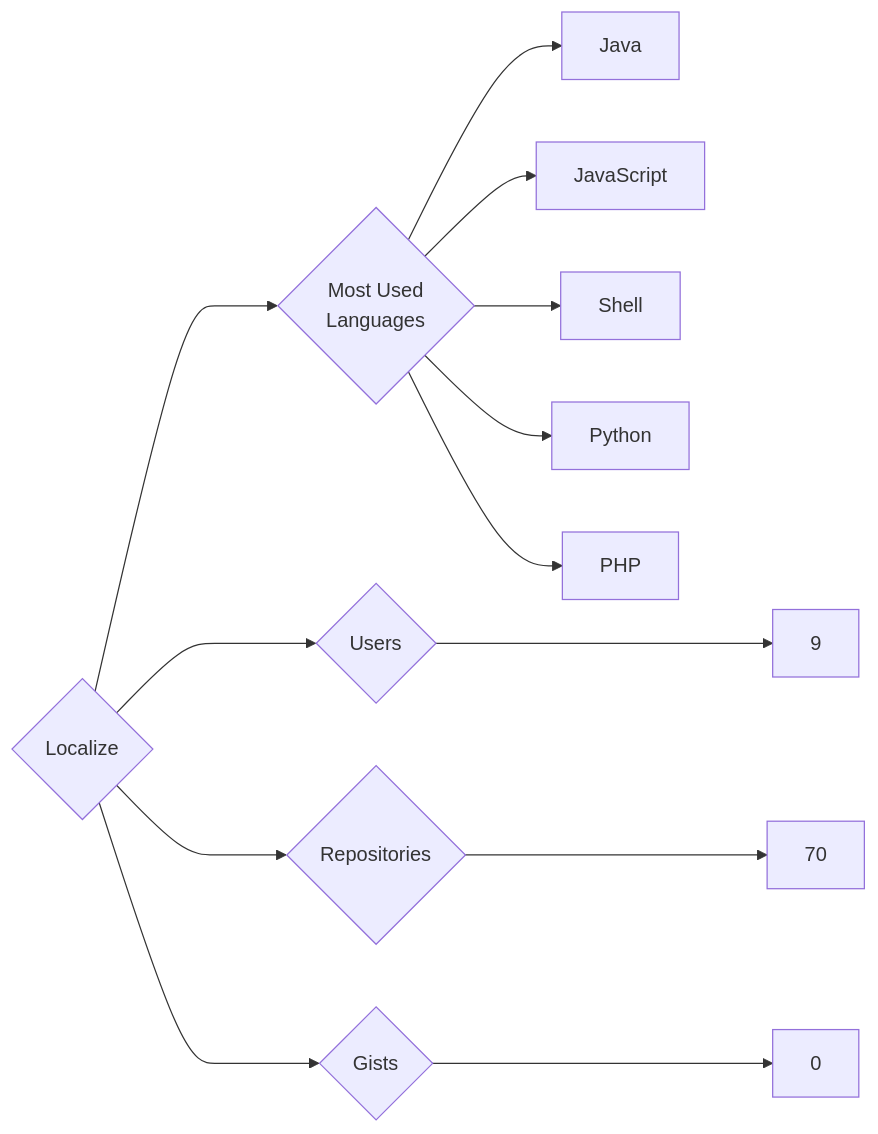
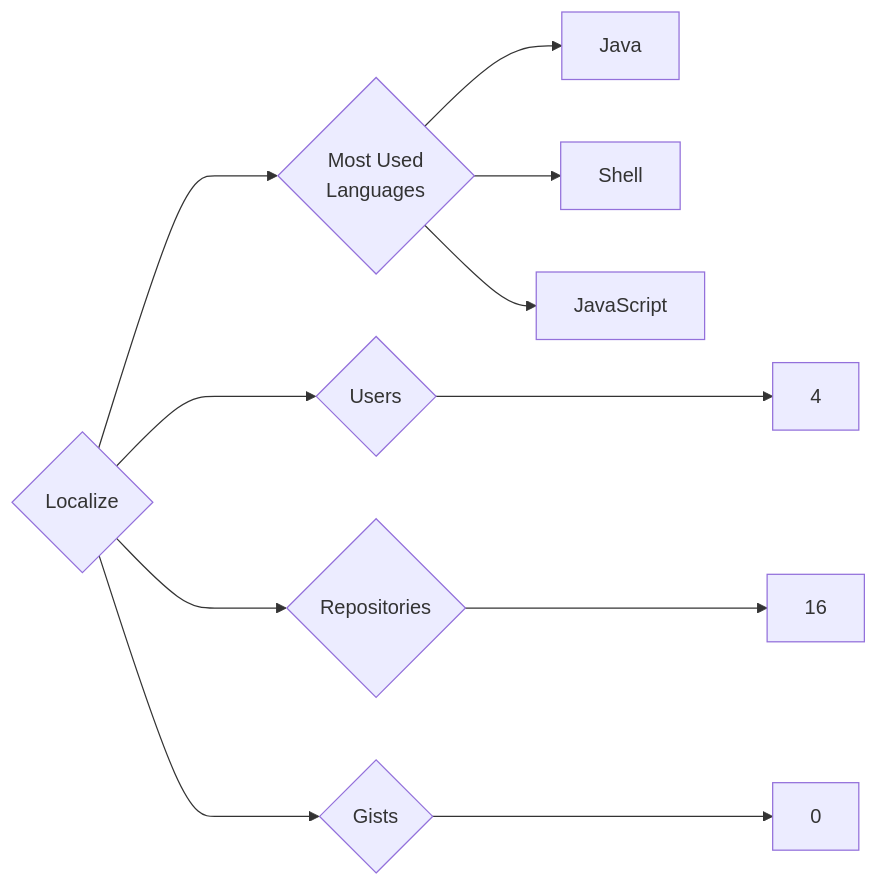
The diagram in targets/Localize/README.md (trickest/insiders), drawn with Mermaid before and after one commit. The commit also changed 870 other files, not shown here.

````diff
--- a/targets/Localize/README.md
+++ b/targets/Localize/README.md
@@ -3,13 +3,11 @@
 ```mermaid
 graph LR
 COMPANY_NAME{Localize}
-COMPANY_NAME ---> U{Users} ---> UN[9]
-COMPANY_NAME ---> R{Repositories} ---> RN[70]
+COMPANY_NAME ---> U{Users} ---> UN[4]
+COMPANY_NAME ---> R{Repositories} ---> RN[16]
 COMPANY_NAME ---> G{Gists} ---> GN[0]
 COMPANY_NAME ---> ML{Most Used<br>Languages}
 ML --> Java[Java]
+ML --> Shell[Shell]
 ML --> JavaScript[JavaScript]
-ML --> Shell[Shell]
-ML --> Python[Python]
-ML --> PHP[PHP]
 ```
````
